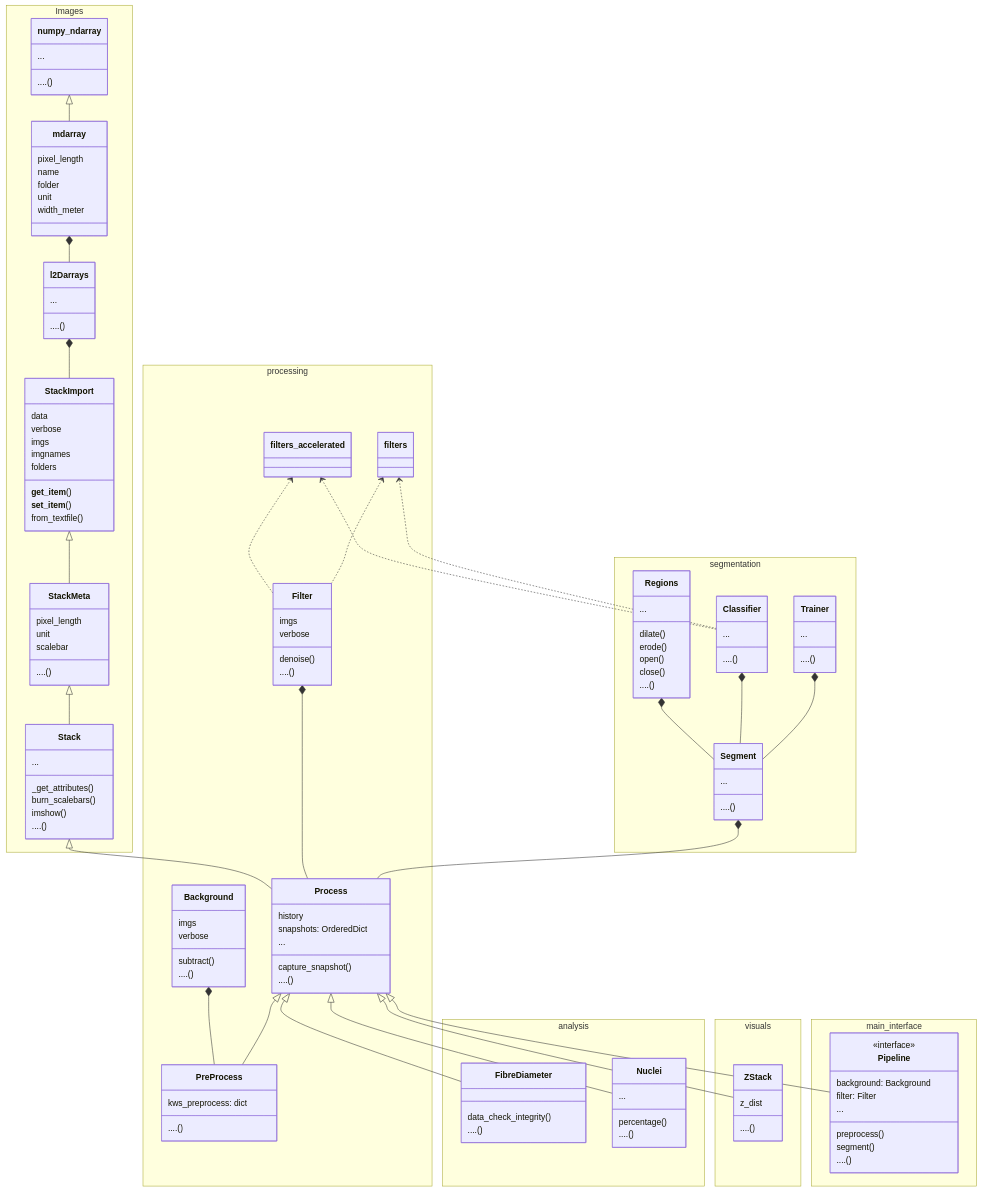
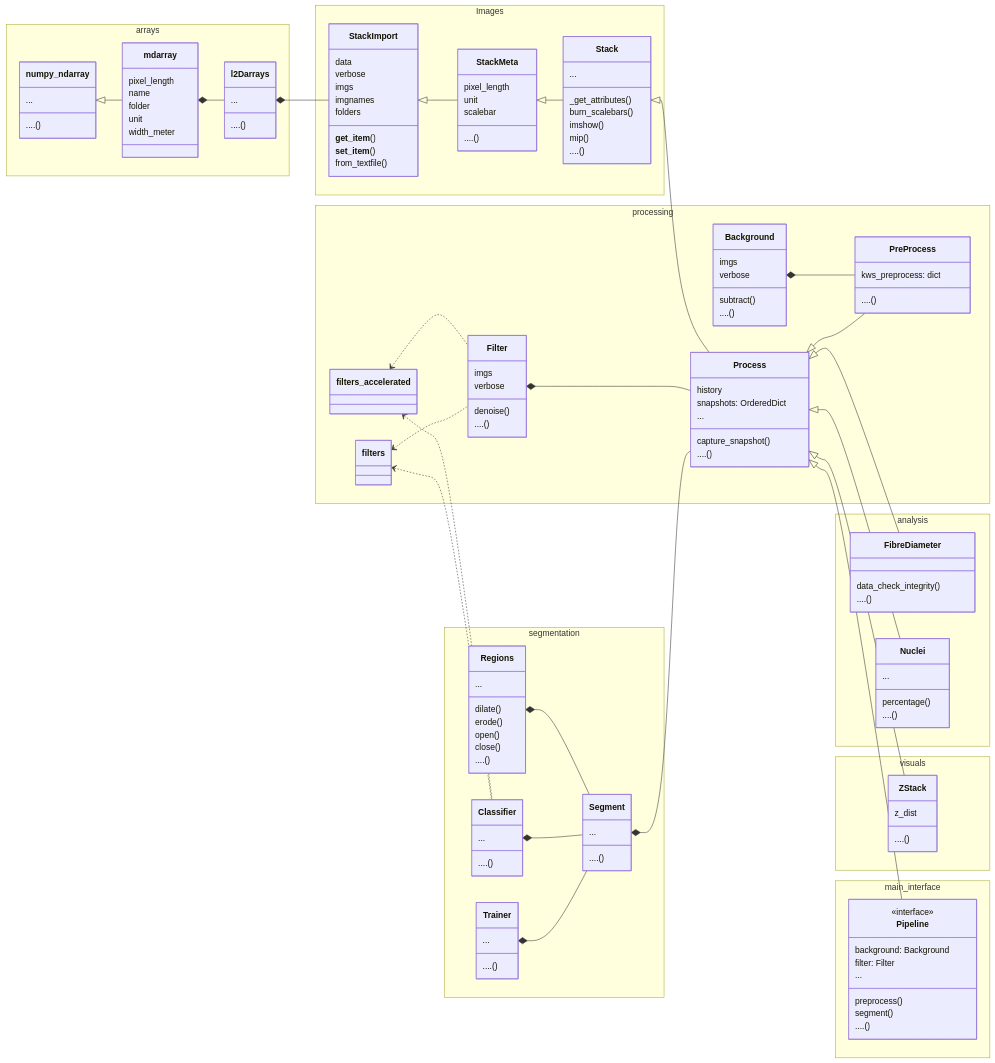
One commit to markur4/a_shg_collagen changed the diagram in README.md. Above: the diagram before and after it, drawn with Mermaid. The commit also changed 19 other files, not shown here.

````diff
--- a/README.md
+++ b/README.md
@@ -145,9 +145,8 @@
 ```mermaid
 
 classDiagram
-   
-   %% == Import ======================================================
-   namespace Images {
+   direction LR
+   namespace arrays{
       class numpy_ndarray{
          ...
          ....()
@@ -163,6 +162,9 @@
          ...
          ....()
       }
+   }
+   %% == Import ========================================================
+   namespace Images {
       class StackImport {
          data
          verbose
@@ -184,6 +186,7 @@
          _get_attributes()
          burn_scalebars()
          imshow()
+         mip()
          ....()
       }
    }
````
